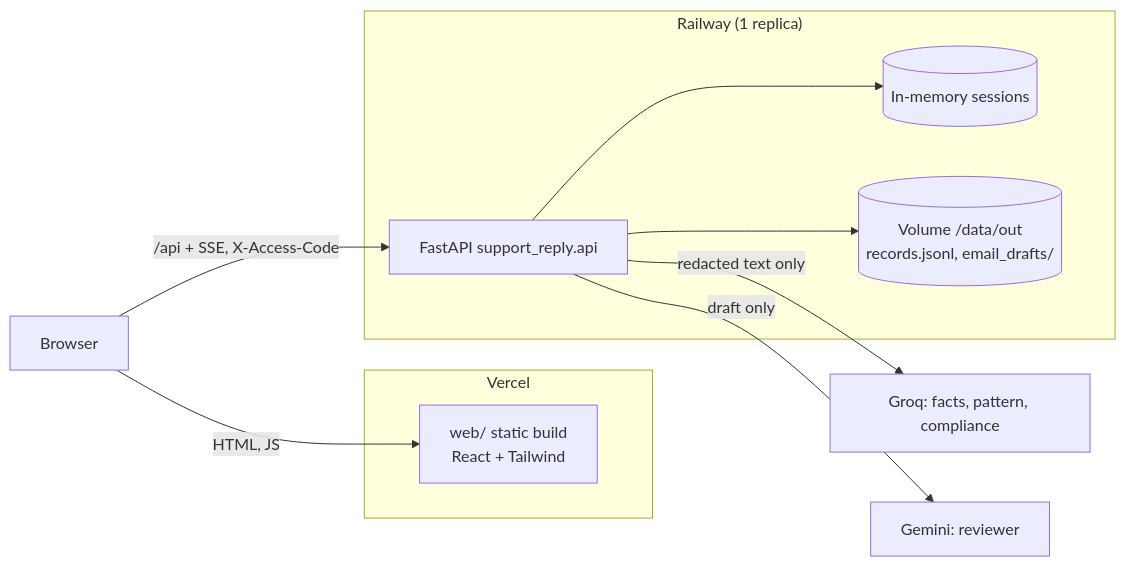
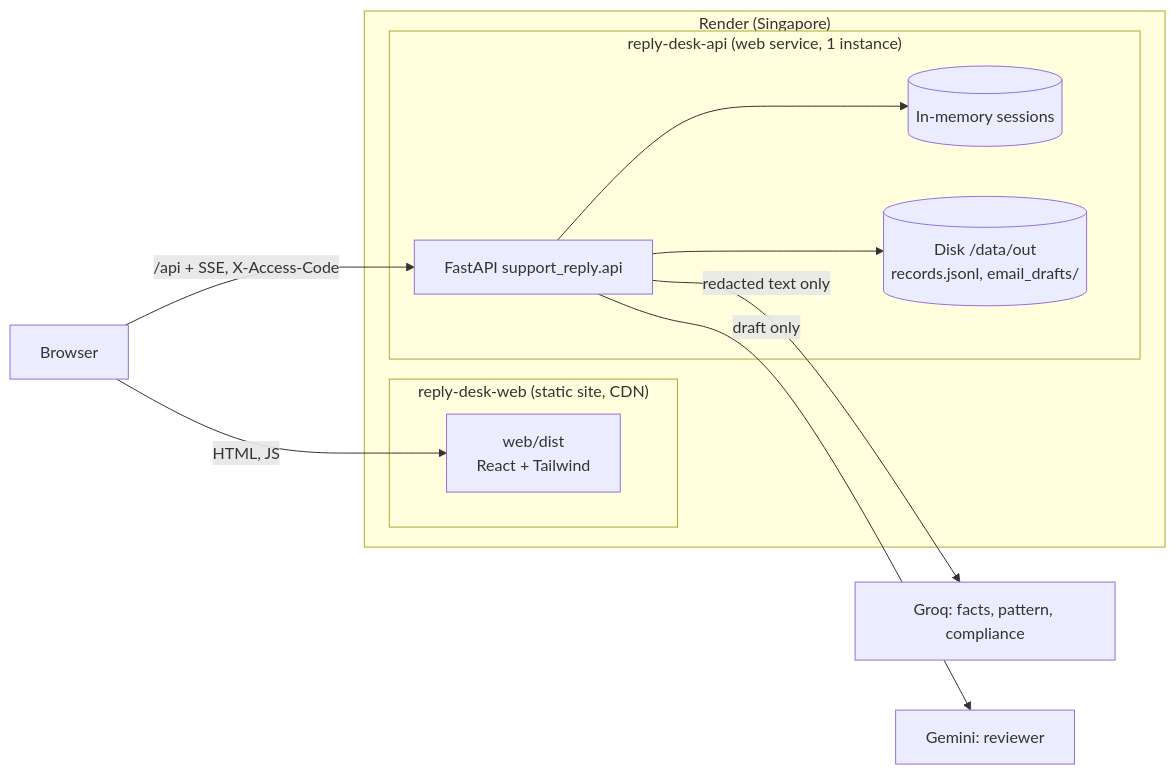
The first of 2 diagrams in docs/deployment-plan.md (ganeshkondaveeti/multi-agentic-system), drawn with Mermaid before and after one commit. The commit also changed other lines of this file and 12 other files, not shown here.

````diff
--- a/docs/deployment-plan.md
+++ b/docs/deployment-plan.md
@@ -21,21 +33,23 @@
 ```mermaid
 flowchart LR
   Browser[Browser]
-  subgraph Vercel
-    Web[web/ static build<br/>React + Tailwind]
-  end
-  subgraph Railway["Railway (1 replica)"]
-    API[FastAPI support_reply.api]
-    Store[(In-memory sessions)]
-    Vol[(Volume /data/out<br/>records.jsonl, email_drafts/)]
+  subgraph Render["Render (Singapore)"]
+    subgraph Static["reply-desk-web (static site, CDN)"]
+      Web[web/dist<br/>React + Tailwind]
+    end
+    subgraph Service["reply-desk-api (web service, 1 instance)"]
+      API[FastAPI support_reply.api]
+      Store[(In-memory sessions)]
+      Disk[(Disk /data/out<br/>records.jsonl, email_drafts/)]
+    end
   end
   Groq[Groq: facts, pattern, compliance]
   Gemini[Gemini: reviewer]
 
   Browser -->|HTML, JS| Web
   Browser -->|/api + SSE, X-Access-Code| API
   API --> Store
-  API --> Vol
+  API --> Disk
   API -->|redacted text only| Groq
   API -->|draft only| Gemini
 ```
````
